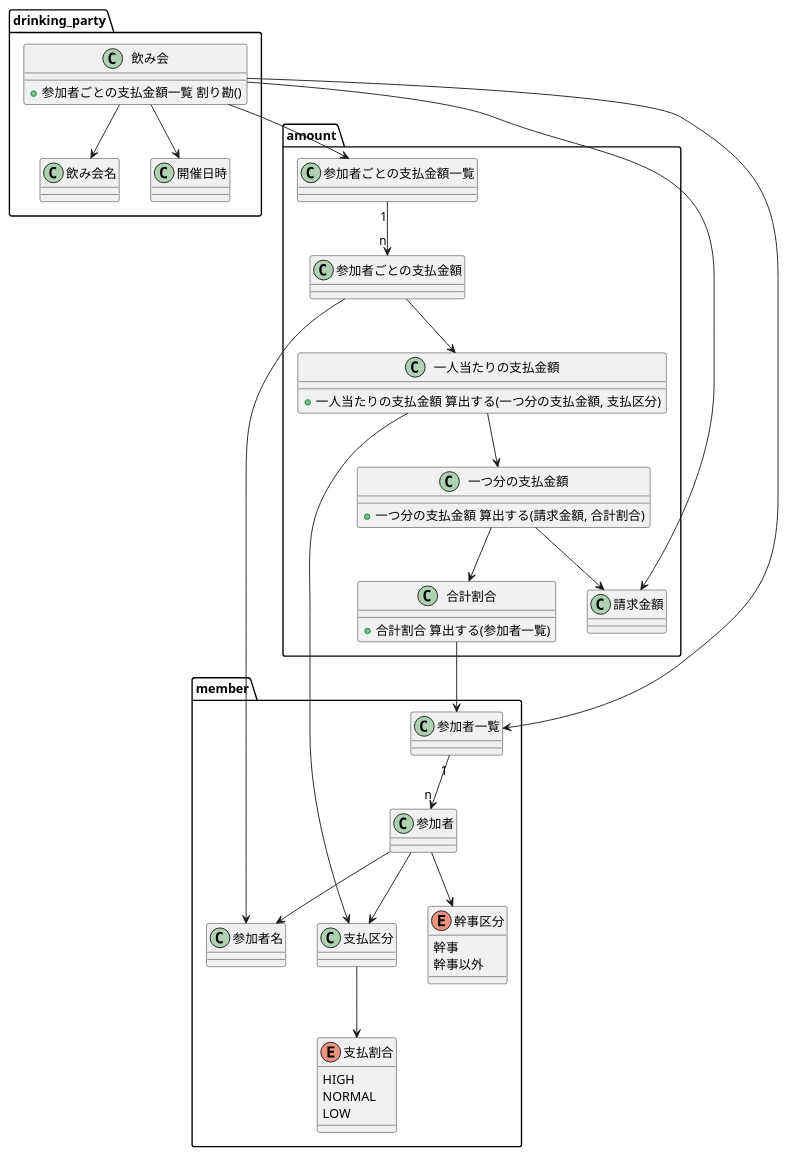
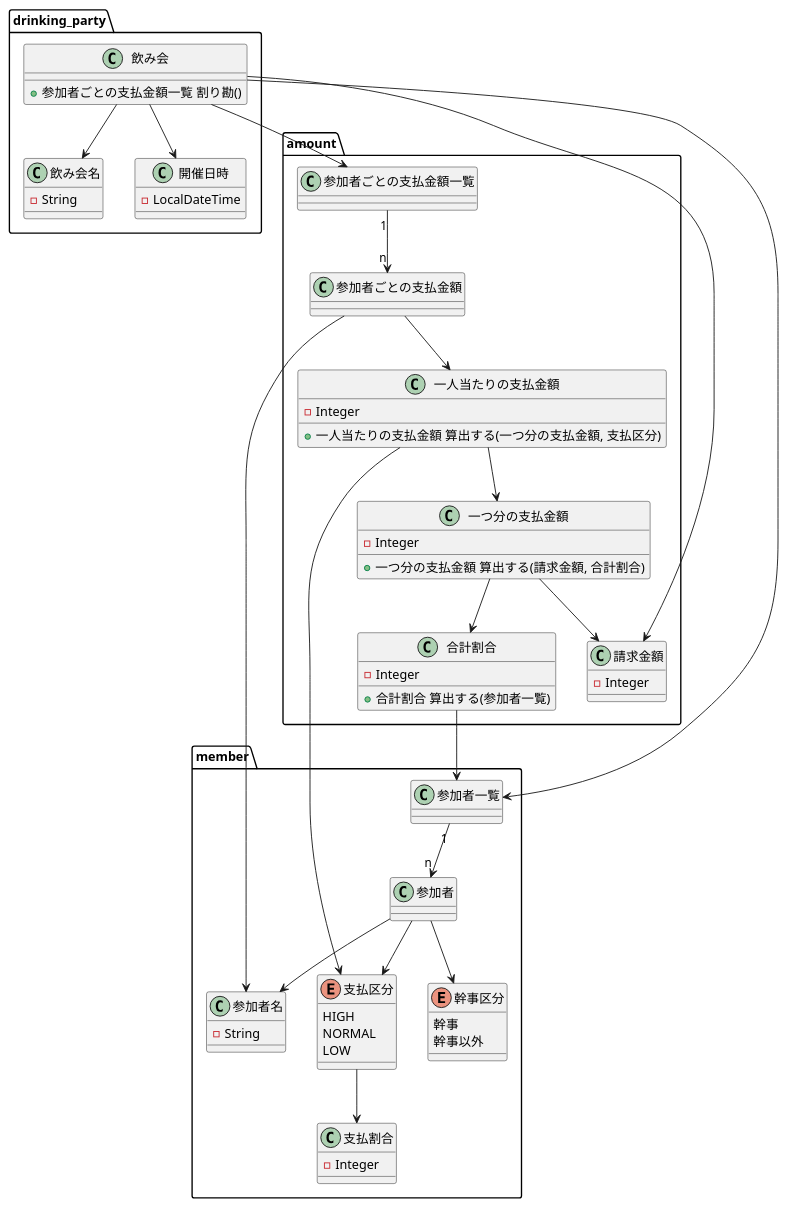
The diagram in doc/モデル３.puml (mmm00mmm/ddd-warikan), drawn with PlantUML before and after one commit.

Commit message:
プリミティブの表現追加

```diff
--- a/doc/モデル３.puml
+++ b/doc/モデル３.puml
@@ -1,60 +1,78 @@
 @startuml
 
 package drinking_party {
     class 飲み会 {
         + 参加者ごとの支払金額一覧 割り勘()
+    }
+    class 飲み会名 {
+        - String
+    }
+    class 開催日時 {
+        - LocalDateTime
     }
 
     飲み会 --> 飲み会名
     飲み会 --> 開催日時
 }
 
 package member {
+    class 参加者名 {
+        - String
+    }
     enum 幹事区分 {
         幹事
         幹事以外
     }
-    enum 支払割合 {
+    enum 支払区分 {
         HIGH
         NORMAL
         LOW
+    }
+    class 支払割合 {
+        - Integer
     }
 
     参加者一覧 "1" --> "n" 参加者
     参加者 --> 参加者名
     参加者 --> 幹事区分
     参加者 --> 支払区分
     支払区分 --> 支払割合
 }
 
 package amount {
+    class 請求金額 {
+        - Integer
+    }
     class 一つ分の支払金額 {
+        - Integer
         + 一つ分の支払金額 算出する(請求金額, 合計割合)
     }
     class 一人当たりの支払金額 {
+        - Integer
         + 一人当たりの支払金額 算出する(一つ分の支払金額, 支払区分)
     }
     class 合計割合 {
+        - Integer
         + 合計割合 算出する(参加者一覧)
     }
     class 参加者ごとの支払金額 {
     }
 
     一つ分の支払金額 --> 請求金額
     参加者ごとの支払金額 --> 一人当たりの支払金額
     参加者ごとの支払金額一覧 "1" --> "n" 参加者ごとの支払金額
 }
 
 飲み会 --> 参加者一覧
 飲み会 --> 請求金額
 飲み会 --> 参加者ごとの支払金額一覧
 
 一つ分の支払金額 --> 合計割合
 合計割合 --> 参加者一覧
 
 一人当たりの支払金額 --> 一つ分の支払金額
 一人当たりの支払金額 --> 支払区分
 
 参加者ごとの支払金額 --> 参加者名
 
 @enduml
```
